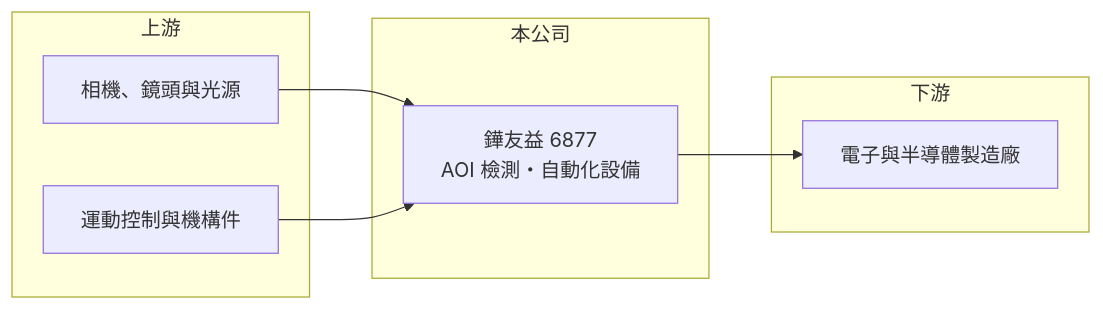
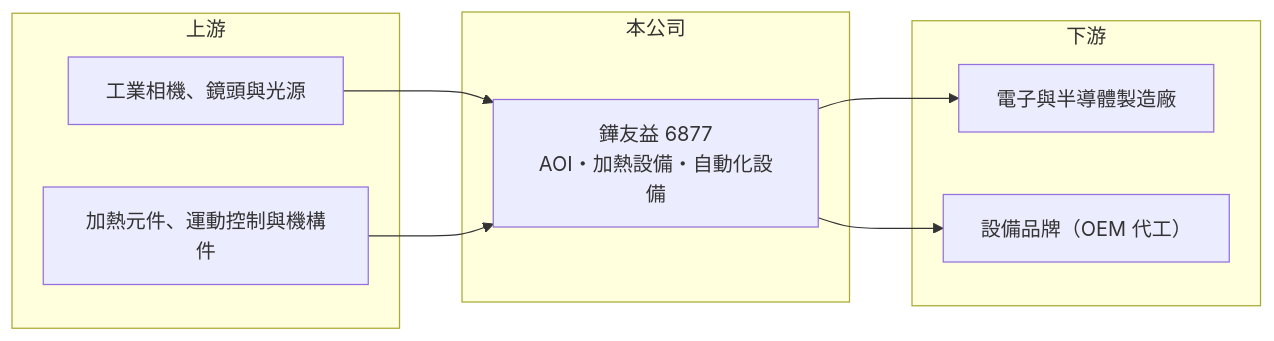
One commit to wangnick1004/taiwan-stock-vault changed the second of 2 diagrams in 個股/台股/6877鏵友益.md. Above: the diagram before and after it, drawn with Mermaid. The commit also changed other lines of this file and 142 other files, not shown here.

````diff
--- a/個股/台股/6877鏵友益.md
+++ b/個股/台股/6877鏵友益.md
@@ -86,16 +104,18 @@
 ```mermaid
 flowchart LR
     subgraph 上游
-        A1["相機、鏡頭與光源"]
-        A2["運動控制與機構件"]
+        A1["工業相機、鏡頭與光源"]
+        A2["加熱元件、運動控制與機構件"]
     end
     subgraph 本公司
-        B["鏵友益 6877<br/>AOI 檢測・自動化設備"]
+        B["鏵友益 6877<br/>AOI・加熱設備・自動化設備"]
     end
     subgraph 下游
         C1["電子與半導體製造廠"]
+        C2["設備品牌（OEM 代工）"]
     end
     A1 --> B
     A2 --> B
     B --> C1
+    B --> C2
 ```
````
